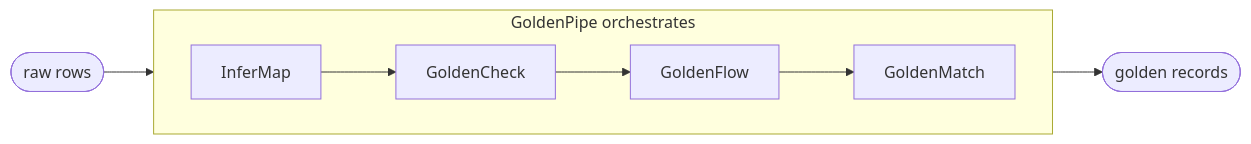
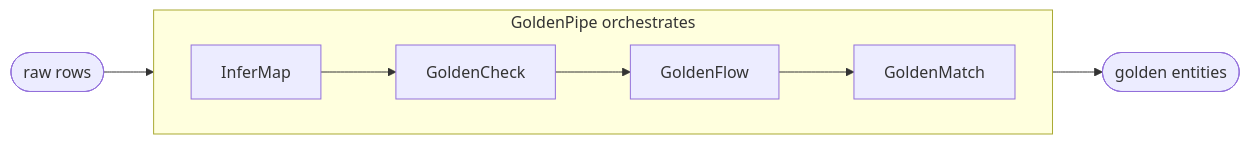
One commit to benseverndev-oss/goldenmatch changed the second of 2 diagrams in README.md. Above: the diagram before and after it, drawn with Mermaid. The commit also changed other lines of this file and 1 other file, not shown here.

````diff
--- a/README.md
+++ b/README.md
@@ -91,17 +186,11 @@
 ```mermaid
 flowchart LR
     raw([raw rows])
-    golden([golden records])
-
+    golden([golden entities])
     subgraph orchestration ["GoldenPipe orchestrates"]
         direction LR
-        infermap[InferMap]
-        goldencheck[GoldenCheck]
-        goldenflow[GoldenFlow]
-        goldenmatch[GoldenMatch]
-        infermap --> goldencheck --> goldenflow --> goldenmatch
+        infermap[InferMap] --> goldencheck[GoldenCheck] --> goldenflow[GoldenFlow] --> goldenmatch[GoldenMatch]
     end
-
     raw --> infermap
     goldenmatch --> golden
 ```
````
